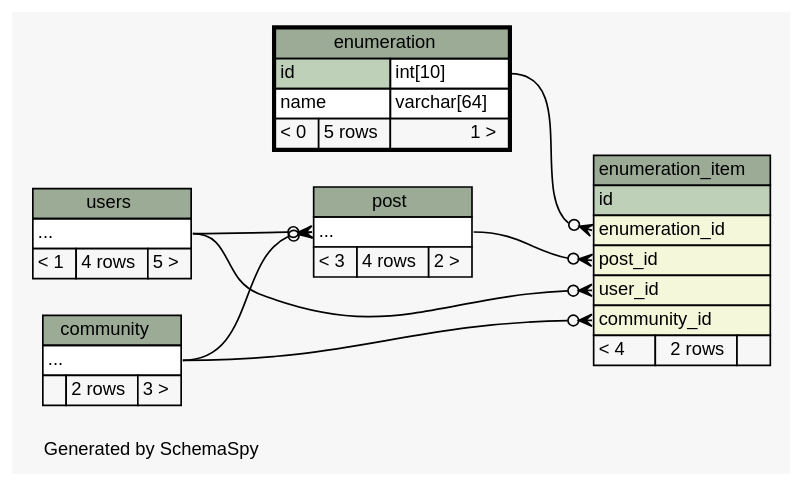
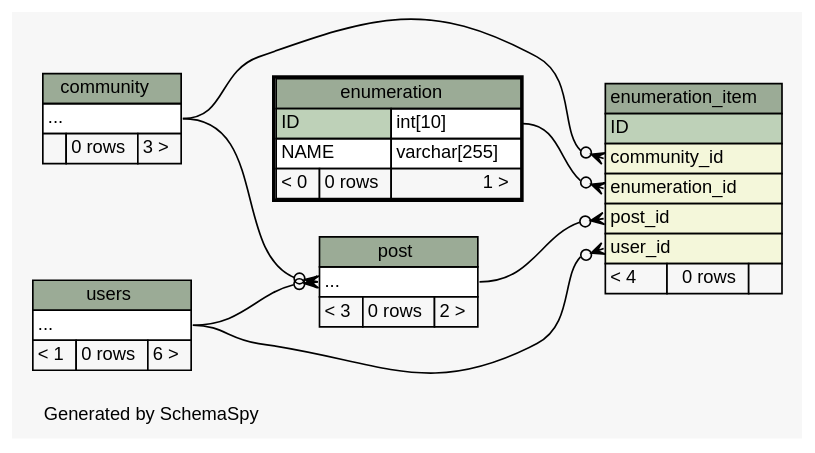
Before and after one commit to chr-krenn/chr-krenn-fhj-ws2017-sd17-pse: the diagram in doc/db_schema/diagrams/enumeration.2degrees.dot, drawn with Graphviz. The commit also changed 60 other files, not shown here.

```diff
--- a/doc/db_schema/diagrams/enumeration.2degrees.dot
+++ b/doc/db_schema/diagrams/enumeration.2degrees.dot
@@ -1,83 +1,83 @@
 // dot 2.40.1 on Linux 4.12.5-300.fc26.x86_64
 // SchemaSpy rev 590
 digraph "twoDegreesRelationshipsDiagram" {
   graph [
     rankdir="RL"
     bgcolor="#f7f7f7"
     label="\nGenerated by SchemaSpy"
     labeljust="l"
     nodesep="0.18"
     ranksep="0.46"
     fontname="Helvetica"
     fontsize="11"
   ];
   node [
     fontname="Helvetica"
     fontsize="11"
     shape="plaintext"
   ];
   edge [
     arrowsize="0.8"
   ];
   "enumeration_item":"community_id":w -> "community":"elipses":e [arrowhead=none dir=back arrowtail=crowodot];
-  "enumeration_item":"enumeration_id":w -> "enumeration":"id.type":e [arrowhead=none dir=back arrowtail=crowodot];
+  "enumeration_item":"enumeration_id":w -> "enumeration":"ID.type":e [arrowhead=none dir=back arrowtail=crowodot];
   "enumeration_item":"post_id":w -> "post":"elipses":e [arrowhead=none dir=back arrowtail=crowodot];
   "enumeration_item":"user_id":w -> "users":"elipses":e [arrowhead=none dir=back arrowtail=crowodot];
   "post":"elipses":w -> "community":"elipses":e [arrowhead=none dir=back arrowtail=crowodot];
   "post":"elipses":w -> "users":"elipses":e [arrowhead=none dir=back arrowtail=crowodot];
   "community" [
     label=<
     <TABLE BORDER="0" CELLBORDER="1" CELLSPACING="0" BGCOLOR="#ffffff">
       <TR><TD COLSPAN="3" BGCOLOR="#9bab96" ALIGN="CENTER">community</TD></TR>
       <TR><TD PORT="elipses" COLSPAN="3" ALIGN="LEFT">...</TD></TR>
-      <TR><TD ALIGN="LEFT" BGCOLOR="#f7f7f7">  </TD><TD ALIGN="RIGHT" BGCOLOR="#f7f7f7">2 rows</TD><TD ALIGN="RIGHT" BGCOLOR="#f7f7f7">3 &gt;</TD></TR>
+      <TR><TD ALIGN="LEFT" BGCOLOR="#f7f7f7">  </TD><TD ALIGN="RIGHT" BGCOLOR="#f7f7f7">0 rows</TD><TD ALIGN="RIGHT" BGCOLOR="#f7f7f7">3 &gt;</TD></TR>
     </TABLE>>
     URL="community.html"
     tooltip="community"
   ];
   "enumeration" [
     label=<
     <TABLE BORDER="2" CELLBORDER="1" CELLSPACING="0" BGCOLOR="#ffffff">
       <TR><TD COLSPAN="3" BGCOLOR="#9bab96" ALIGN="CENTER">enumeration</TD></TR>
-      <TR><TD PORT="id" COLSPAN="2" BGCOLOR="#bed1b8" ALIGN="LEFT">id</TD><TD PORT="id.type" ALIGN="LEFT">int[10]</TD></TR>
-      <TR><TD PORT="name" COLSPAN="2" ALIGN="LEFT">name</TD><TD PORT="name.type" ALIGN="LEFT">varchar[64]</TD></TR>
-      <TR><TD ALIGN="LEFT" BGCOLOR="#f7f7f7">&lt; 0</TD><TD ALIGN="RIGHT" BGCOLOR="#f7f7f7">5 rows</TD><TD ALIGN="RIGHT" BGCOLOR="#f7f7f7">1 &gt;</TD></TR>
+      <TR><TD PORT="ID" COLSPAN="2" BGCOLOR="#bed1b8" ALIGN="LEFT">ID</TD><TD PORT="ID.type" ALIGN="LEFT">int[10]</TD></TR>
+      <TR><TD PORT="NAME" COLSPAN="2" ALIGN="LEFT">NAME</TD><TD PORT="NAME.type" ALIGN="LEFT">varchar[255]</TD></TR>
+      <TR><TD ALIGN="LEFT" BGCOLOR="#f7f7f7">&lt; 0</TD><TD ALIGN="RIGHT" BGCOLOR="#f7f7f7">0 rows</TD><TD ALIGN="RIGHT" BGCOLOR="#f7f7f7">1 &gt;</TD></TR>
     </TABLE>>
     URL="enumeration.html"
     tooltip="enumeration"
   ];
   "enumeration_item" [
     label=<
     <TABLE BORDER="0" CELLBORDER="1" CELLSPACING="0" BGCOLOR="#ffffff">
       <TR><TD COLSPAN="3" BGCOLOR="#9bab96" ALIGN="CENTER">enumeration_item</TD></TR>
-      <TR><TD PORT="id" COLSPAN="3" BGCOLOR="#bed1b8" ALIGN="LEFT">id</TD></TR>
+      <TR><TD PORT="ID" COLSPAN="3" BGCOLOR="#bed1b8" ALIGN="LEFT">ID</TD></TR>
+      <TR><TD PORT="community_id" COLSPAN="3" BGCOLOR="#f4f7da" ALIGN="LEFT">community_id</TD></TR>
       <TR><TD PORT="enumeration_id" COLSPAN="3" BGCOLOR="#f4f7da" ALIGN="LEFT">enumeration_id</TD></TR>
       <TR><TD PORT="post_id" COLSPAN="3" BGCOLOR="#f4f7da" ALIGN="LEFT">post_id</TD></TR>
       <TR><TD PORT="user_id" COLSPAN="3" BGCOLOR="#f4f7da" ALIGN="LEFT">user_id</TD></TR>
-      <TR><TD PORT="community_id" COLSPAN="3" BGCOLOR="#f4f7da" ALIGN="LEFT">community_id</TD></TR>
-      <TR><TD ALIGN="LEFT" BGCOLOR="#f7f7f7">&lt; 4</TD><TD ALIGN="RIGHT" BGCOLOR="#f7f7f7">2 rows</TD><TD ALIGN="RIGHT" BGCOLOR="#f7f7f7">  </TD></TR>
+      <TR><TD ALIGN="LEFT" BGCOLOR="#f7f7f7">&lt; 4</TD><TD ALIGN="RIGHT" BGCOLOR="#f7f7f7">0 rows</TD><TD ALIGN="RIGHT" BGCOLOR="#f7f7f7">  </TD></TR>
     </TABLE>>
     URL="enumeration_item.html"
     tooltip="enumeration_item"
   ];
   "post" [
     label=<
     <TABLE BORDER="0" CELLBORDER="1" CELLSPACING="0" BGCOLOR="#ffffff">
       <TR><TD COLSPAN="3" BGCOLOR="#9bab96" ALIGN="CENTER">post</TD></TR>
       <TR><TD PORT="elipses" COLSPAN="3" ALIGN="LEFT">...</TD></TR>
-      <TR><TD ALIGN="LEFT" BGCOLOR="#f7f7f7">&lt; 3</TD><TD ALIGN="RIGHT" BGCOLOR="#f7f7f7">4 rows</TD><TD ALIGN="RIGHT" BGCOLOR="#f7f7f7">2 &gt;</TD></TR>
+      <TR><TD ALIGN="LEFT" BGCOLOR="#f7f7f7">&lt; 3</TD><TD ALIGN="RIGHT" BGCOLOR="#f7f7f7">0 rows</TD><TD ALIGN="RIGHT" BGCOLOR="#f7f7f7">2 &gt;</TD></TR>
     </TABLE>>
     URL="post.html"
     tooltip="post"
   ];
   "users" [
     label=<
     <TABLE BORDER="0" CELLBORDER="1" CELLSPACING="0" BGCOLOR="#ffffff">
       <TR><TD COLSPAN="3" BGCOLOR="#9bab96" ALIGN="CENTER">users</TD></TR>
       <TR><TD PORT="elipses" COLSPAN="3" ALIGN="LEFT">...</TD></TR>
-      <TR><TD ALIGN="LEFT" BGCOLOR="#f7f7f7">&lt; 1</TD><TD ALIGN="RIGHT" BGCOLOR="#f7f7f7">4 rows</TD><TD ALIGN="RIGHT" BGCOLOR="#f7f7f7">5 &gt;</TD></TR>
+      <TR><TD ALIGN="LEFT" BGCOLOR="#f7f7f7">&lt; 1</TD><TD ALIGN="RIGHT" BGCOLOR="#f7f7f7">0 rows</TD><TD ALIGN="RIGHT" BGCOLOR="#f7f7f7">6 &gt;</TD></TR>
     </TABLE>>
     URL="users.html"
     tooltip="users"
   ];
 }
```
